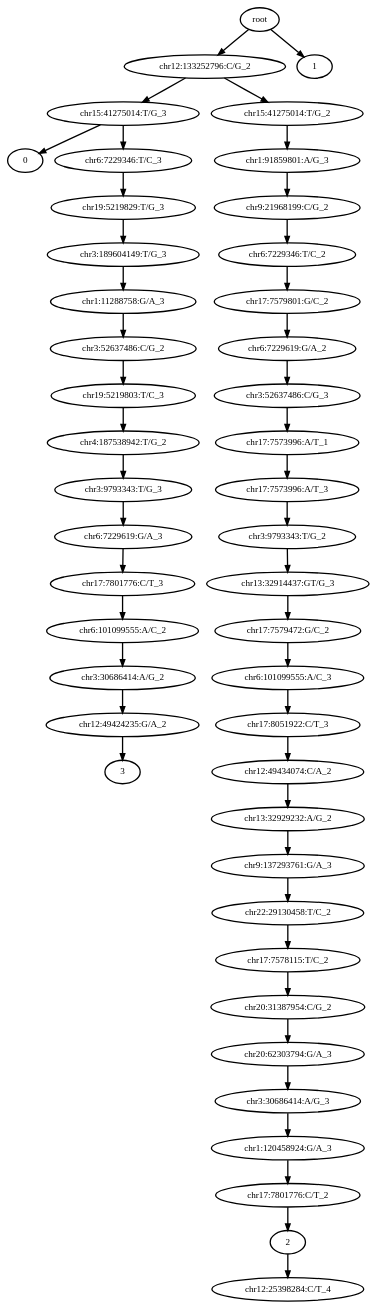
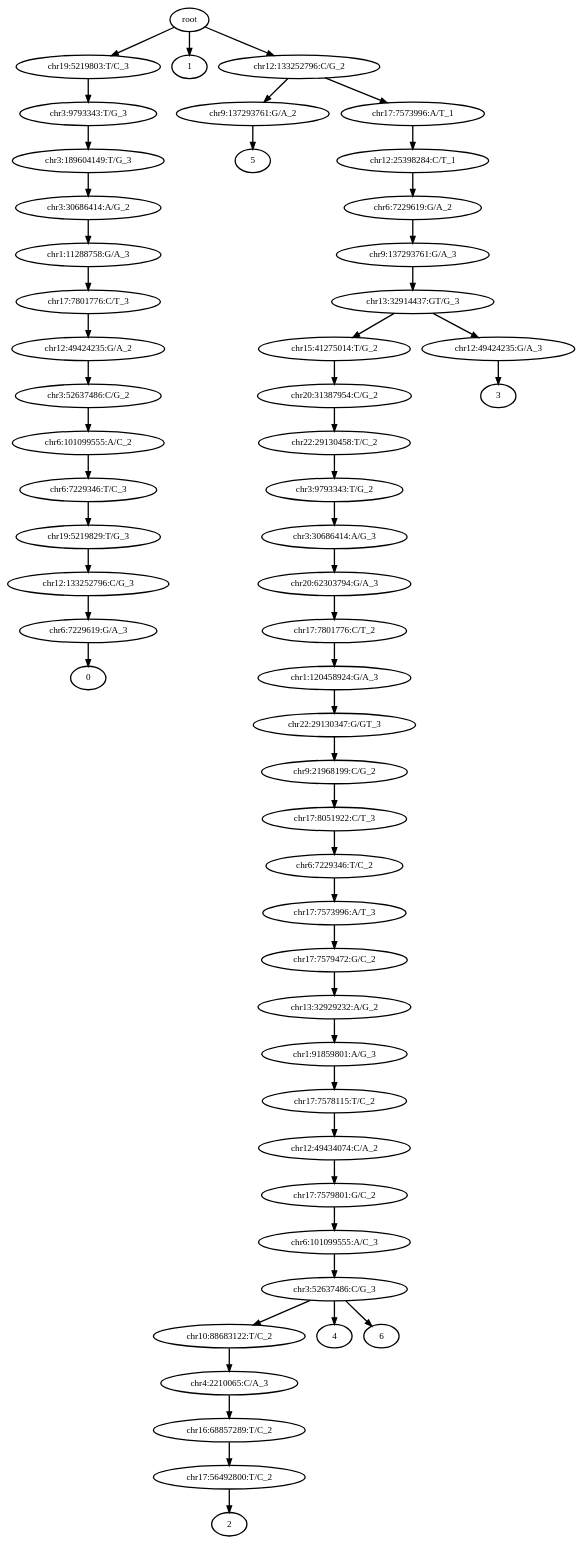
Before and after one commit to haochenz96/Tapestri_main_manuscript_analysis: the diagram in 0_condor_pipeline/condor_outputs/BPA-2/out_tree.dot, drawn with Graphviz. The commit also changed 43 other files, not shown here.

```diff
--- a/0_condor_pipeline/condor_outputs/BPA-2/out_tree.dot
+++ b/0_condor_pipeline/condor_outputs/BPA-2/out_tree.dot
@@ -1,93 +1,111 @@
 digraph N {
 	overlap="false"
 	rankdir="TB"
 	0 [label="root", style="bold"];
-	1 [label="chr12:133252796:C/G_2", style="bold"];
-	2 [label="chr15:41275014:T/G_3", style="bold"];
-	3 [label="0", style="bold"];
-	4 [label="1", style="bold"];
-	5 [label="chr15:41275014:T/G_2", style="bold"];
-	6 [label="chr1:91859801:A/G_3", style="bold"];
-	7 [label="chr9:21968199:C/G_2", style="bold"];
-	8 [label="chr6:7229346:T/C_2", style="bold"];
-	9 [label="chr17:7579801:G/C_2", style="bold"];
-	10 [label="chr6:7229619:G/A_2", style="bold"];
-	11 [label="chr3:52637486:C/G_3", style="bold"];
-	12 [label="chr17:7573996:A/T_1", style="bold"];
-	13 [label="chr17:7573996:A/T_3", style="bold"];
-	14 [label="chr3:9793343:T/G_2", style="bold"];
-	15 [label="chr13:32914437:GT/G_3", style="bold"];
-	16 [label="chr17:7579472:G/C_2", style="bold"];
-	17 [label="chr6:101099555:A/C_3", style="bold"];
-	18 [label="chr17:8051922:C/T_3", style="bold"];
-	19 [label="chr12:49434074:C/A_2", style="bold"];
-	20 [label="chr13:32929232:A/G_2", style="bold"];
-	21 [label="chr9:137293761:G/A_3", style="bold"];
-	22 [label="chr22:29130458:T/C_2", style="bold"];
-	23 [label="chr17:7578115:T/C_2", style="bold"];
-	24 [label="chr20:31387954:C/G_2", style="bold"];
-	25 [label="chr20:62303794:G/A_3", style="bold"];
-	26 [label="chr3:30686414:A/G_3", style="bold"];
-	27 [label="chr1:120458924:G/A_3", style="bold"];
-	28 [label="chr17:7801776:C/T_2", style="bold"];
-	29 [label="2", style="bold"];
-	30 [label="chr6:7229346:T/C_3", style="bold"];
-	31 [label="chr19:5219829:T/G_3", style="bold"];
-	32 [label="chr3:189604149:T/G_3", style="bold"];
-	33 [label="chr1:11288758:G/A_3", style="bold"];
-	34 [label="chr3:52637486:C/G_2", style="bold"];
-	35 [label="chr19:5219803:T/C_3", style="bold"];
-	36 [label="chr4:187538942:T/G_2", style="bold"];
-	37 [label="chr3:9793343:T/G_3", style="bold"];
-	38 [label="chr6:7229619:G/A_3", style="bold"];
-	39 [label="chr17:7801776:C/T_3", style="bold"];
-	40 [label="chr6:101099555:A/C_2", style="bold"];
-	41 [label="chr3:30686414:A/G_2", style="bold"];
-	42 [label="chr12:49424235:G/A_2", style="bold"];
-	43 [label="3", style="bold"];
-	44 [label="chr12:25398284:C/T_4", style="bold"];
+	1 [label="chr19:5219803:T/C_3", style="bold"];
+	2 [label="chr3:9793343:T/G_3", style="bold"];
+	3 [label="chr3:189604149:T/G_3", style="bold"];
+	4 [label="chr3:30686414:A/G_2", style="bold"];
+	5 [label="chr1:11288758:G/A_3", style="bold"];
+	6 [label="chr17:7801776:C/T_3", style="bold"];
+	7 [label="chr12:49424235:G/A_2", style="bold"];
+	8 [label="chr3:52637486:C/G_2", style="bold"];
+	9 [label="chr6:101099555:A/C_2", style="bold"];
+	10 [label="chr6:7229346:T/C_3", style="bold"];
+	11 [label="chr19:5219829:T/G_3", style="bold"];
+	12 [label="chr12:133252796:C/G_3", style="bold"];
+	13 [label="chr6:7229619:G/A_3", style="bold"];
+	14 [label="0", style="bold"];
+	15 [label="1", style="bold"];
+	16 [label="chr12:133252796:C/G_2", style="bold"];
+	17 [label="chr15:41275014:T/G_2", style="bold"];
+	18 [label="chr20:31387954:C/G_2", style="bold"];
+	19 [label="chr22:29130458:T/C_2", style="bold"];
+	20 [label="chr3:9793343:T/G_2", style="bold"];
+	21 [label="chr3:30686414:A/G_3", style="bold"];
+	22 [label="chr20:62303794:G/A_3", style="bold"];
+	23 [label="chr17:7801776:C/T_2", style="bold"];
+	24 [label="chr1:120458924:G/A_3", style="bold"];
+	25 [label="chr22:29130347:G/GT_3", style="bold"];
+	26 [label="chr9:21968199:C/G_2", style="bold"];
+	27 [label="chr17:8051922:C/T_3", style="bold"];
+	28 [label="chr6:7229346:T/C_2", style="bold"];
+	29 [label="chr17:7573996:A/T_3", style="bold"];
+	30 [label="chr17:7579472:G/C_2", style="bold"];
+	31 [label="chr13:32929232:A/G_2", style="bold"];
+	32 [label="chr1:91859801:A/G_3", style="bold"];
+	33 [label="chr17:7578115:T/C_2", style="bold"];
+	34 [label="chr12:49434074:C/A_2", style="bold"];
+	35 [label="chr17:7579801:G/C_2", style="bold"];
+	36 [label="chr6:101099555:A/C_3", style="bold"];
+	37 [label="chr3:52637486:C/G_3", style="bold"];
+	38 [label="chr10:88683122:T/C_2", style="bold"];
+	39 [label="chr4:2210065:C/A_3", style="bold"];
+	40 [label="chr16:68857289:T/C_2", style="bold"];
+	41 [label="chr17:56492800:T/C_2", style="bold"];
+	42 [label="2", style="bold"];
+	43 [label="chr12:49424235:G/A_3", style="bold"];
+	44 [label="3", style="bold"];
+	45 [label="4", style="bold"];
+	46 [label="chr9:137293761:G/A_2", style="bold"];
+	47 [label="5", style="bold"];
+	48 [label="6", style="bold"];
+	49 [label="chr6:7229619:G/A_2", style="bold"];
+	50 [label="chr9:137293761:G/A_3", style="bold"];
+	51 [label="chr13:32914437:GT/G_3", style="bold"];
+	52 [label="chr17:7573996:A/T_1", style="bold"];
+	53 [label="chr12:25398284:C/T_1", style="bold"];
 	0 -> 1 [style="bold"];
-	0 -> 4 [style="bold"];
+	0 -> 15 [style="bold"];
+	0 -> 16 [style="bold"];
 	1 -> 2 [style="bold"];
-	1 -> 5 [style="bold"];
 	2 -> 3 [style="bold"];
-	2 -> 30 [style="bold"];
+	3 -> 4 [style="bold"];
+	4 -> 5 [style="bold"];
 	5 -> 6 [style="bold"];
 	6 -> 7 [style="bold"];
 	7 -> 8 [style="bold"];
 	8 -> 9 [style="bold"];
 	9 -> 10 [style="bold"];
 	10 -> 11 [style="bold"];
 	11 -> 12 [style="bold"];
 	12 -> 13 [style="bold"];
 	13 -> 14 [style="bold"];
-	14 -> 15 [style="bold"];
-	15 -> 16 [style="bold"];
-	16 -> 17 [style="bold"];
+	16 -> 46 [style="bold"];
+	16 -> 52 [style="bold"];
 	17 -> 18 [style="bold"];
 	18 -> 19 [style="bold"];
 	19 -> 20 [style="bold"];
 	20 -> 21 [style="bold"];
 	21 -> 22 [style="bold"];
 	22 -> 23 [style="bold"];
 	23 -> 24 [style="bold"];
 	24 -> 25 [style="bold"];
 	25 -> 26 [style="bold"];
 	26 -> 27 [style="bold"];
 	27 -> 28 [style="bold"];
 	28 -> 29 [style="bold"];
-	29 -> 44 [style="bold"];
+	29 -> 30 [style="bold"];
 	30 -> 31 [style="bold"];
 	31 -> 32 [style="bold"];
 	32 -> 33 [style="bold"];
 	33 -> 34 [style="bold"];
 	34 -> 35 [style="bold"];
 	35 -> 36 [style="bold"];
 	36 -> 37 [style="bold"];
 	37 -> 38 [style="bold"];
+	37 -> 45 [style="bold"];
+	37 -> 48 [style="bold"];
 	38 -> 39 [style="bold"];
 	39 -> 40 [style="bold"];
 	40 -> 41 [style="bold"];
 	41 -> 42 [style="bold"];
-	42 -> 43 [style="bold"];
+	43 -> 44 [style="bold"];
+	46 -> 47 [style="bold"];
+	49 -> 50 [style="bold"];
+	50 -> 51 [style="bold"];
+	51 -> 17 [style="bold"];
+	51 -> 43 [style="bold"];
+	52 -> 53 [style="bold"];
+	53 -> 49 [style="bold"];
 }
```
